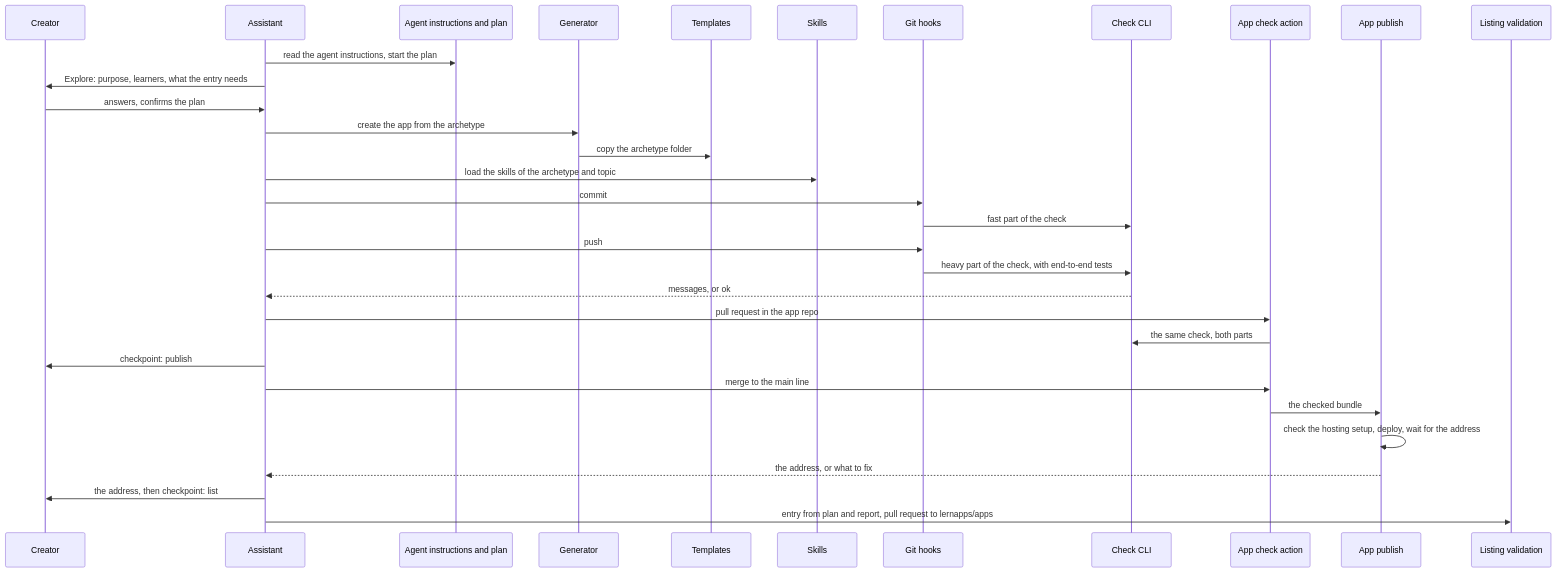
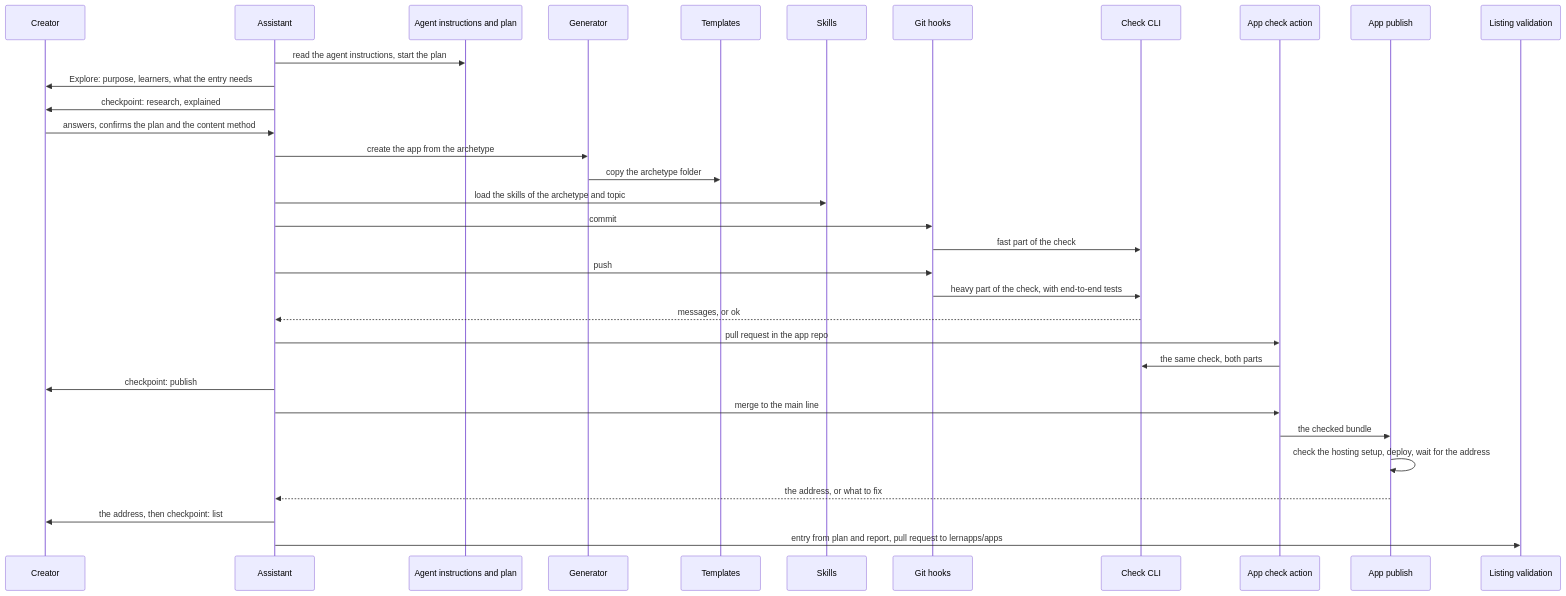
The first of 4 diagrams in docs/arc42/06-runtime-view.arc42.md (lernapps/tooling), drawn with Mermaid before and after one commit. The commit also changed 6 other files, not shown here.

First line of the commit message:
feat(guidance): the creator confirms the research and the content method

````diff
--- a/docs/arc42/06-runtime-view.arc42.md
+++ b/docs/arc42/06-runtime-view.arc42.md
@@ -32,34 +32,35 @@
 ```mermaid
 sequenceDiagram
     participant creator as Creator
     participant assistant as Assistant
     participant guidance as Agent instructions and plan
     participant generator as Generator
     participant templates as Templates
     participant skills as Skills
     participant hooks as Git hooks
     participant check as Check CLI
     participant ci as App check action
     participant publish as App publish
     participant listing as Listing validation
     assistant->>guidance: read the agent instructions, start the plan
     assistant->>creator: Explore: purpose, learners, what the entry needs
-    creator->>assistant: answers, confirms the plan
+    assistant->>creator: checkpoint: research, explained
+    creator->>assistant: answers, confirms the plan and the content method
     assistant->>generator: create the app from the archetype
     generator->>templates: copy the archetype folder
     assistant->>skills: load the skills of the archetype and topic
     assistant->>hooks: commit
     hooks->>check: fast part of the check
     assistant->>hooks: push
     hooks->>check: heavy part of the check, with end-to-end tests
     check-->>assistant: messages, or ok
     assistant->>ci: pull request in the app repo
     ci->>check: the same check, both parts
     assistant->>creator: checkpoint: publish
     assistant->>ci: merge to the main line
     ci->>publish: the checked bundle
     publish->>publish: check the hosting setup, deploy, wait for the address
     publish-->>assistant: the address, or what to fix
     assistant->>creator: the address, then checkpoint: list
     assistant->>listing: entry from plan and report, pull request to lernapps/apps
 ```
````
